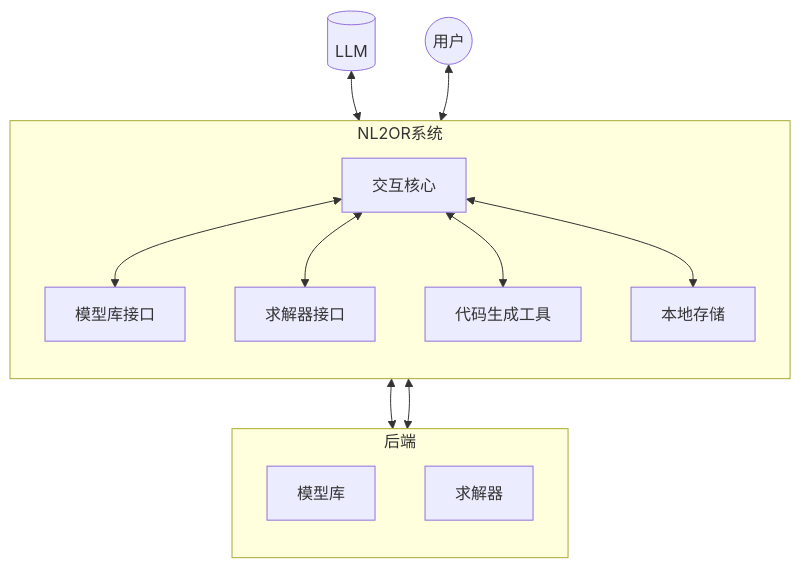
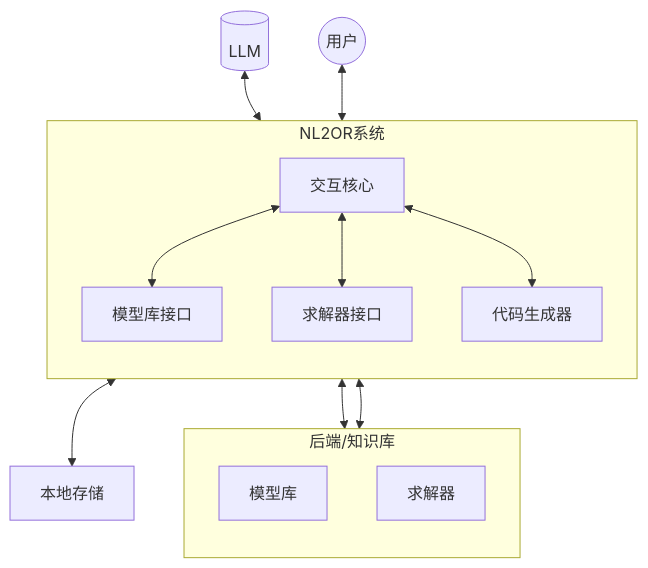
One commit to suifengwudong/NL2OR_agent changed the first of 2 diagrams in docs/flowchart.md. Above: the diagram before and after it, drawn with Mermaid. The commit also changed other lines of this file, not shown here.

Commit message:
docs: refine docs/flowchart.md, add more illustrations

````diff
--- a/docs/flowchart.md
+++ b/docs/flowchart.md
@@ -14,19 +14,19 @@
 ```mermaid
 flowchart TD
     subgraph nl2or[NL2OR系统]
         direction TB
         interactCore[交互核心] <--> modelParser[模型库接口]
         interactCore <--> solverInterface[求解器接口]
-        interactCore <--> codeGen[代码生成工具]
-        interactCore <--> localStorage[本地存储]
+        interactCore <--> codeGen[代码生成器]
     end
     llm[(LLM)] <--> interactCore
     user((用户)) <--> interactCore
     modelParser <--> modelBank[模型库]
     solverInterface <--> solver[求解器]
-    subgraph backEnd[后端]
+    codeGen <--> localStorage[本地存储]
+    subgraph backEnd[后端/知识库]
         direction TB
         modelBank
         solver[求解器]
     end
 ```
````
